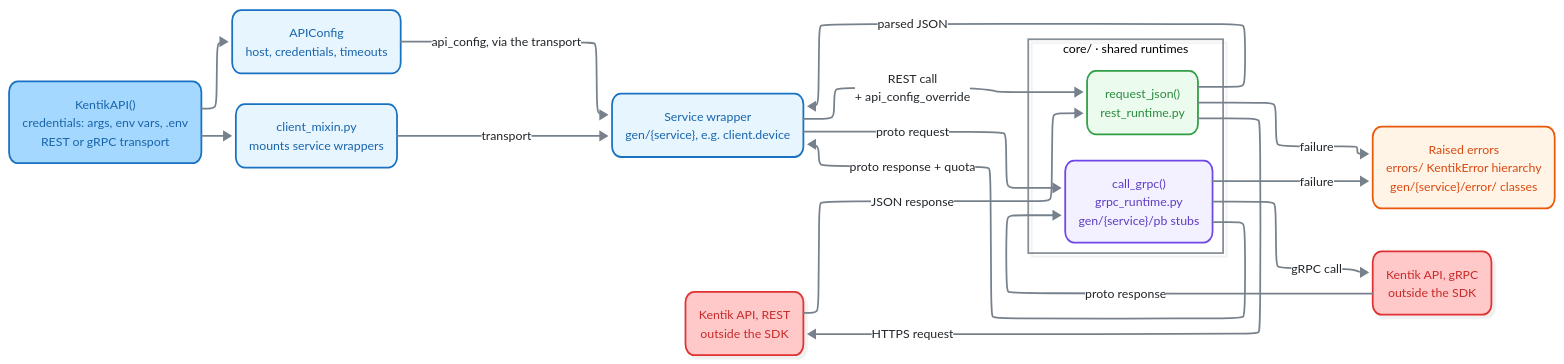
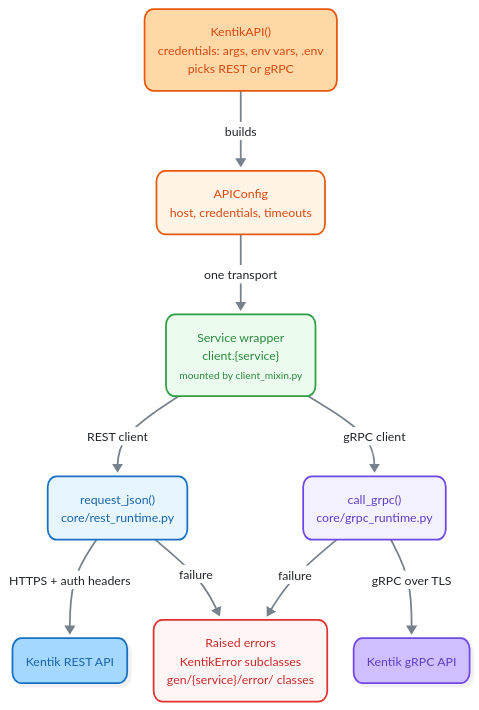
One commit to alexdearaujo/community_sdk_python changed the diagram in src/kentik_api/README.md. Above: the diagram before and after it, drawn with Mermaid. The commit also changed other lines of this file and 9 other files, not shown here.

First line of the commit message:
docs: clean up the hand-written Mermaid diagrams

````diff
--- a/src/kentik_api/README.md
+++ b/src/kentik_api/README.md
@@ -28,50 +28,40 @@
 ```mermaid
-%%{init: {"theme": "redux", "look": "neo", "layout": "elk", "fontFamily": "ui-monospace, SFMono-Regular, Menlo, monospace", "themeVariables": {"fontFamily": "ui-monospace, SFMono-Regular, Menlo, monospace", "primaryColor": "#f8f9fa", "primaryBorderColor": "#495057", "primaryTextColor": "#212529", "textColor": "#212529", "lineColor": "#77818c", "edgeLabelBackground": "#ffffff", "actorBkg": "#f8f9fa", "actorBorder": "#495057", "actorTextColor": "#212529", "actorLineColor": "#a9b3be", "signalColor": "#57616d", "signalTextColor": "#212529", "labelBoxBkgColor": "#f8f9fa", "labelBoxBorderColor": "#495057", "labelTextColor": "#212529", "loopTextColor": "#57616d", "noteBkgColor": "#fff9db", "noteBorderColor": "#f08c00", "noteTextColor": "#a35a00"}, "flowchart": {"curve": "basis", "nodeSpacing": 30, "rankSpacing": 70, "wrappingWidth": 400}}}%%
-flowchart LR
-  kapi("KentikAPI()<br/>credentials: args, env vars, .env<br/>REST or gRPC transport"):::blueSrc
-  cfg("APIConfig<br/>host, credentials, timeouts"):::blue
-  mixin("client_mixin.py<br/>mounts service wrappers"):::blue
-  wrap("Service wrapper<br/>gen/{service}, e.g. client.device"):::blue
+%%{init: {"theme": "redux", "look": "neo", "layout": "dagre", "fontFamily": "ui-monospace, SFMono-Regular, Menlo, monospace", "themeVariables": {"fontFamily": "ui-monospace, SFMono-Regular, Menlo, monospace", "primaryColor": "#f8f9fa", "primaryBorderColor": "#495057", "primaryTextColor": "#212529", "textColor": "#212529", "lineColor": "#77818c", "edgeLabelBackground": "#ffffff", "actorBkg": "#f8f9fa", "actorBorder": "#495057", "actorTextColor": "#212529", "actorLineColor": "#a9b3be", "signalColor": "#57616d", "signalTextColor": "#212529", "labelBoxBkgColor": "#f8f9fa", "labelBoxBorderColor": "#495057", "labelTextColor": "#212529", "loopTextColor": "#57616d", "noteBkgColor": "#fff9db", "noteBorderColor": "#f08c00", "noteTextColor": "#a35a00"}, "flowchart": {"curve": "basis", "nodeSpacing": 30, "rankSpacing": 70, "wrappingWidth": 400}}}%%
+flowchart TD
+  kapi("KentikAPI()<br/>credentials: args, env vars, .env<br/>picks REST or gRPC"):::orangeSrc
+  cfg("APIConfig<br/>host, credentials, timeouts"):::orange
+  wrap("Service wrapper<br/>client.{service}<br/><small>mounted by client_mixin.py</small>"):::green
+  rj("request_json()<br/>core/rest_runtime.py"):::blue
+  cg("call_grpc()<br/>core/grpc_runtime.py"):::violet
+  restApi("Kentik REST API"):::blueSrc
+  grpcApi("Kentik gRPC API"):::violetSrc
+  err("Raised errors<br/>KentikError subclasses<br/>gen/{service}/error/ classes"):::red
 
-  subgraph core["core/ · shared runtimes"]
-    rj("request_json()<br/>rest_runtime.py"):::green
-    cg("call_grpc()<br/>grpc_runtime.py<br/>gen/{service}/pb stubs"):::violet
-  end
-
-  restApi("Kentik API, REST<br/>outside the SDK"):::redSrc
-  err("Raised errors<br/>errors/ KentikError hierarchy<br/>gen/{service}/error/ classes"):::orange
-  grpcApi("Kentik API, gRPC<br/>outside the SDK"):::redSrc
-
-  kapi --> cfg
-  kapi --> mixin
-  cfg -->|"api_config, via the transport"| wrap
-  mixin -->|"transport"| wrap
-  wrap -->|"REST call<br/>+ api_config_override"| rj
-  rj -->|"parsed JSON"| wrap
-  wrap -->|"proto request"| cg
-  cg -->|"proto response + quota"| wrap
-  rj -->|"HTTPS request"| restApi
-  restApi -->|"JSON response"| rj
+  kapi -->|"builds"| cfg
+  cfg -->|"one transport"| wrap
+  wrap -->|"REST client"| rj
+  wrap -->|"gRPC client"| cg
+  rj -->|"HTTPS + auth headers"| restApi
+  cg -->|"gRPC over TLS"| grpcApi
   rj -->|"failure"| err
   cg -->|"failure"| err
-  cg -->|"gRPC call"| grpcApi
-  grpcApi -->|"proto response"| cg
 
   click kapi "client.py"
   click cfg "core/api_config.py"
-  click mixin "client_mixin.py"
   click wrap "gen/README.md"
   click rj "core/rest_runtime.py"
   click cg "core/grpc_runtime.py"
   click err "errors/README.md"
 
+  classDef orangeSrc fill:#ffd8a8,stroke:#e8590c,color:#d9480f
+  classDef orange fill:#fff4e6,stroke:#e8590c,color:#d9480f
+  classDef green fill:#ebfbee,stroke:#2f9e44,color:#2b8a3e
   classDef blueSrc fill:#a5d8ff,stroke:#1971c2,color:#1864ab
   classDef blue fill:#e7f5ff,stroke:#1971c2,color:#1864ab
-  classDef green fill:#ebfbee,stroke:#2f9e44,color:#2b8a3e
+  classDef violetSrc fill:#d0bfff,stroke:#7048e8,color:#5f3dc4
   classDef violet fill:#f3f0ff,stroke:#7048e8,color:#5f3dc4
-  classDef orange fill:#fff4e6,stroke:#e8590c,color:#d9480f
-  classDef redSrc fill:#ffc9c9,stroke:#e03131,color:#c92a2a
-  classDef blueSrc,blue,green,violet,orange,redSrc stroke-width:2px,rx:10px
-  style core fill:none,stroke:#868e96,stroke-width:2px
+  classDef red fill:#fff5f5,stroke:#e03131,color:#c92a2a
+  classDef orangeSrc,orange,green,blueSrc,blue stroke-width:2px,rx:10px
+  classDef violetSrc,violet,red stroke-width:2px,rx:10px
   linkStyle default stroke-width:2px,stroke-linecap:round,stroke-linejoin:round
 ```
````
